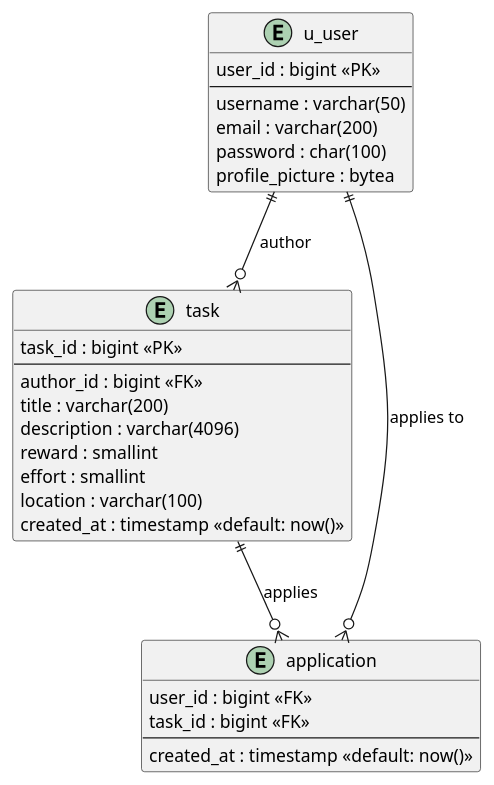
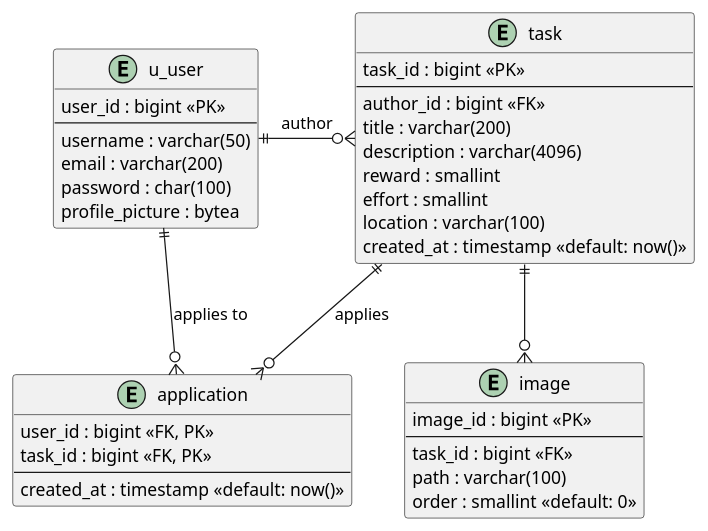
The diagram in hugo/content/docs/datamodel/datamodel.puml (2425-3ahitm-itp/02-projekte-helpr), drawn with PlantUML before and after one commit. The commit also changed 2 other files, not shown here.

Commit message:
feat: add image entity for a task to have images

```diff
--- a/hugo/content/docs/datamodel/datamodel.puml
+++ b/hugo/content/docs/datamodel/datamodel.puml
@@ -1,39 +1,49 @@
 @startuml
 
 
 entity u_user {
     user_id : bigint <<PK>>
     --
     username : varchar(50)
     email : varchar(200)
     password : char(100)
     profile_picture : bytea
 }
 
 entity task {
     task_id : bigint <<PK>>
     --
     author_id : bigint <<FK>>
     title : varchar(200)
     description : varchar(4096)
     reward : smallint
     effort : smallint
     location : varchar(100)
     created_at : timestamp <<default: now()>>
 }
 
 
 entity application {
-  user_id : bigint <<FK>>
-  task_id : bigint <<FK>>
+  user_id : bigint <<FK, PK>>
+  task_id : bigint <<FK, PK>>
   --
   created_at : timestamp <<default: now()>>
 }
 
-u_user ||--o{ task : "author"
+entity image {
+  image_id : bigint <<PK>>
+  --
+  task_id : bigint <<FK>>
+  path : varchar(100)
+  order : smallint <<default: 0>>
+}
+
+task ||--o{ image
+
+u_user ||-right-o{ task : "author"
 
 task ||--o{ application : "applies"
 application }o--|| u_user : "applies to"
 
 
 @enduml
```
